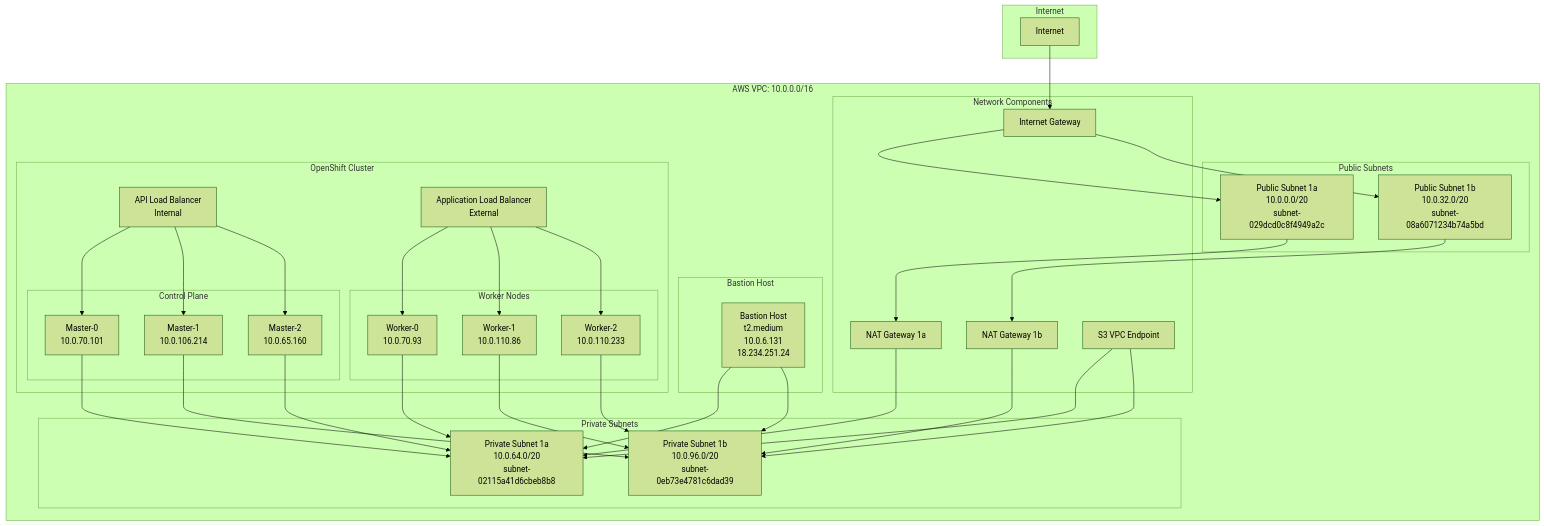
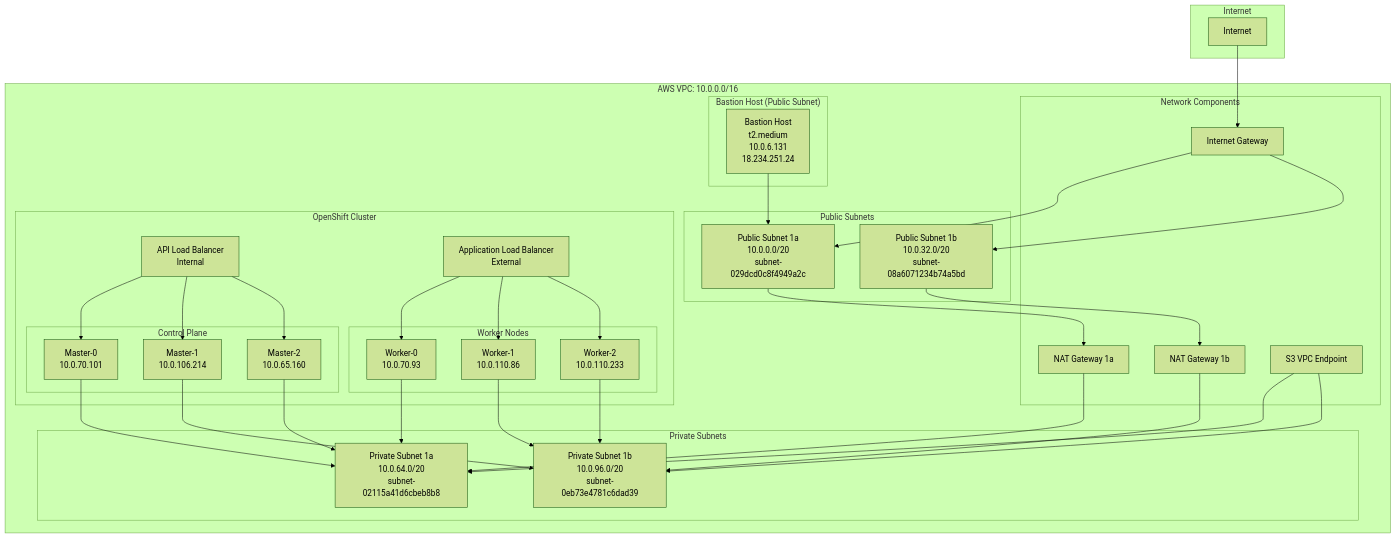
One commit to liweinan/my-openshift-workspace changed the first of 2 diagrams in private-cluster-vpc/openshift-private-cluster-deployment-guide.md. Above: the diagram before and after it, drawn with Mermaid (forest theme). The commit also changed other lines of this file and 1 other file, not shown here.

````diff
--- a/private-cluster-vpc/openshift-private-cluster-deployment-guide.md
+++ b/private-cluster-vpc/openshift-private-cluster-deployment-guide.md
@@ -11,79 +11,78 @@
 ```mermaid
 graph TB
     subgraph "Internet"
         INTERNET[Internet]
     end
     
     subgraph "AWS VPC: 10.0.0.0/16"
         subgraph "Public Subnets"
             PUB_SUBNET_1A[Public Subnet 1a<br/>10.0.0.0/20<br/>subnet-029dcd0c8f4949a2c]
             PUB_SUBNET_1B[Public Subnet 1b<br/>10.0.32.0/20<br/>subnet-08a6071234b74a5bd]
         end
         
         subgraph "Private Subnets"
             PRIV_SUBNET_1A[Private Subnet 1a<br/>10.0.64.0/20<br/>subnet-02115a41d6cbeb8b8]
             PRIV_SUBNET_1B[Private Subnet 1b<br/>10.0.96.0/20<br/>subnet-0eb73e4781c6dad39]
         end
         
         subgraph "Network Components"
             IGW[Internet Gateway]
             NAT_1A[NAT Gateway 1a]
             NAT_1B[NAT Gateway 1b]
             S3_ENDPOINT[S3 VPC Endpoint]
         end
         
-        subgraph "Bastion Host"
+        subgraph "Bastion Host (Public Subnet)"
             BASTION[Bastion Host<br/>t2.medium<br/>10.0.6.131<br/>18.234.251.24]
         end
         
         subgraph "OpenShift Cluster"
             subgraph "Control Plane"
                 MASTER_1[Master-0<br/>10.0.70.101]
                 MASTER_2[Master-1<br/>10.0.106.214]
                 MASTER_3[Master-2<br/>10.0.65.160]
             end
             
             subgraph "Worker Nodes"
                 WORKER_1[Worker-0<br/>10.0.70.93]
                 WORKER_2[Worker-1<br/>10.0.110.86]
                 WORKER_3[Worker-2<br/>10.0.110.233]
             end
             
             API_LB[API Load Balancer<br/>Internal]
             APP_LB[Application Load Balancer<br/>External]
         end
     end
     
     %% 连接关系
     INTERNET --> IGW
     IGW --> PUB_SUBNET_1A
     IGW --> PUB_SUBNET_1B
     
     PUB_SUBNET_1A --> NAT_1A
     PUB_SUBNET_1B --> NAT_1B
     
     NAT_1A --> PRIV_SUBNET_1A
     NAT_1B --> PRIV_SUBNET_1B
     
-    BASTION --> PRIV_SUBNET_1A
-    BASTION --> PRIV_SUBNET_1B
+    BASTION --> PUB_SUBNET_1A
     
     MASTER_1 --> PRIV_SUBNET_1A
     MASTER_2 --> PRIV_SUBNET_1B
     MASTER_3 --> PRIV_SUBNET_1A
     
     WORKER_1 --> PRIV_SUBNET_1A
     WORKER_2 --> PRIV_SUBNET_1B
     WORKER_3 --> PRIV_SUBNET_1B
     
     API_LB --> MASTER_1
     API_LB --> MASTER_2
     API_LB --> MASTER_3
     
     APP_LB --> WORKER_1
     APP_LB --> WORKER_2
     APP_LB --> WORKER_3
     
     S3_ENDPOINT --> PRIV_SUBNET_1A
     S3_ENDPOINT --> PRIV_SUBNET_1B
 ```
````
